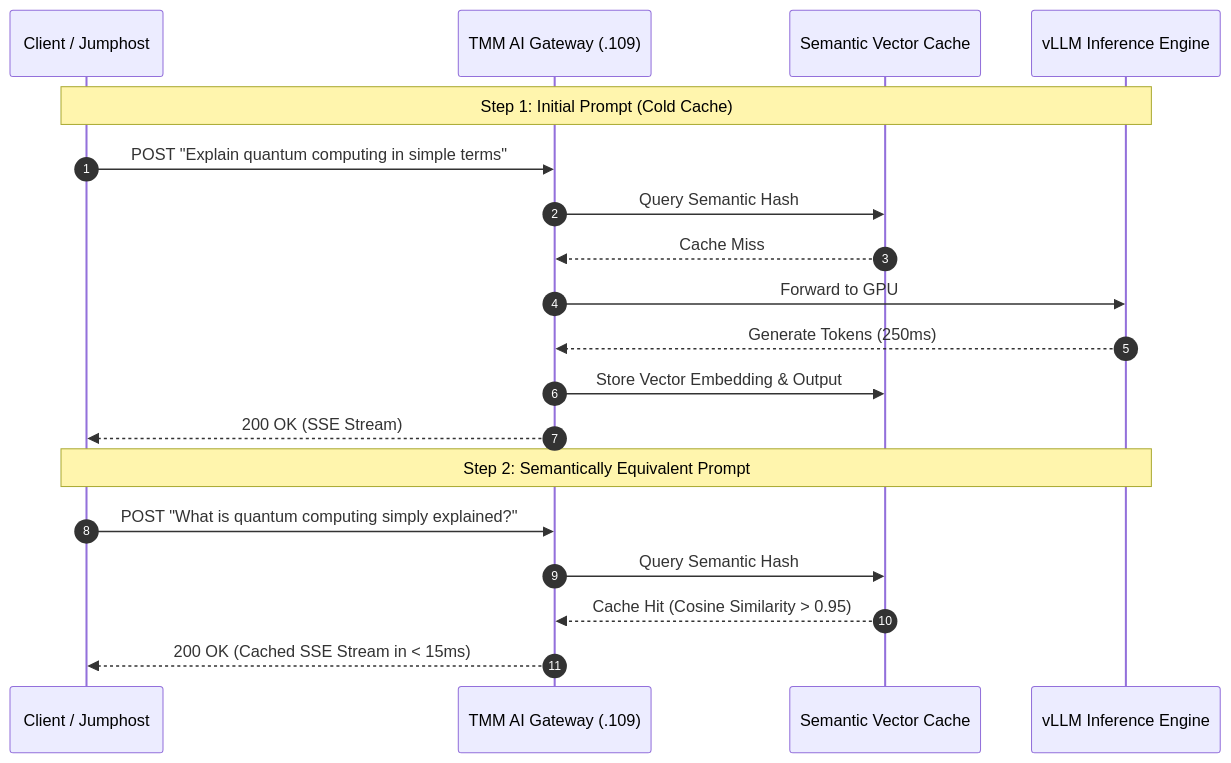
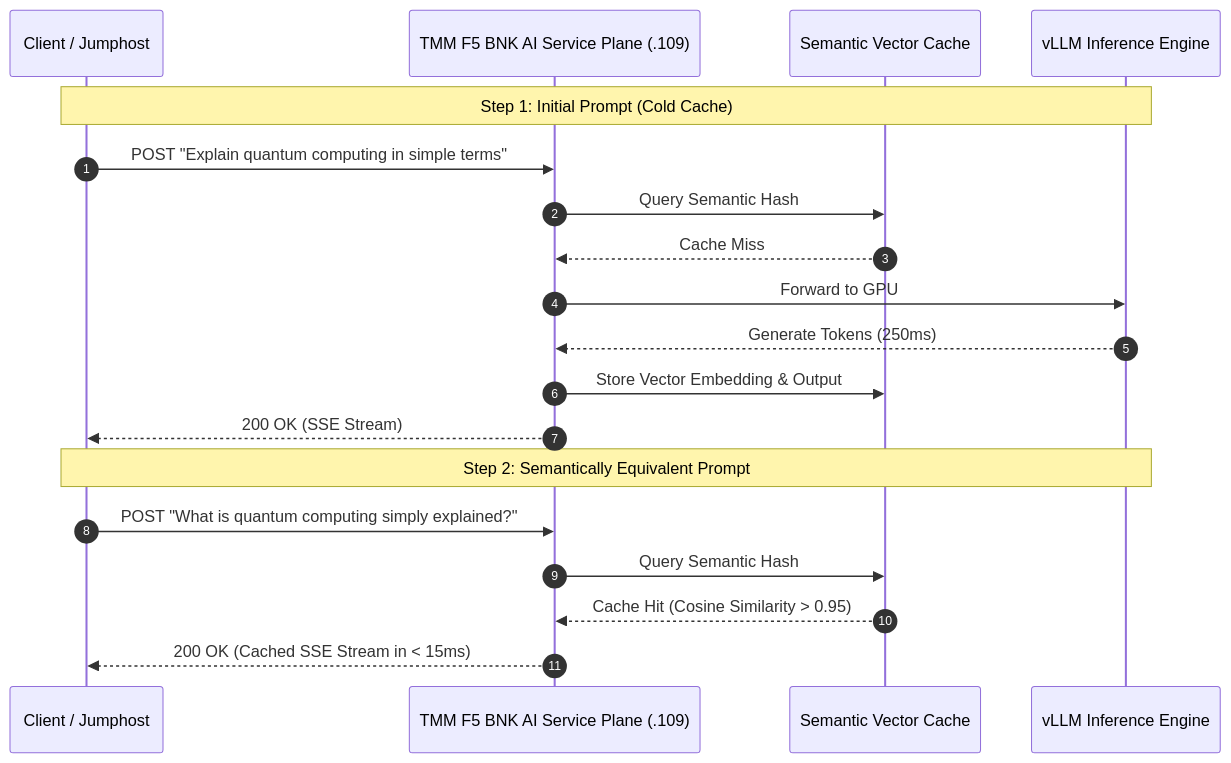
One commit to JLCode-tech/awsbnkctl changed diagram 12 of 20 in docs/SCENARIOS.md. Above: the diagram before and after it, drawn with Mermaid. The commit also changed other lines of this file and 10 other files, not shown here.

Commit message:
docs: adopt F5 BNK AI Service Plane terminology, link BNK Forge and CloudDocs, remove cne_pull_64.json

````diff
--- a/docs/SCENARIOS.md
+++ b/docs/SCENARIOS.md
@@ -356,23 +356,23 @@
 ```mermaid
 sequenceDiagram
     autonumber
     participant Client as Client / Jumphost
-    participant TMM as TMM AI Gateway (.109)
+    participant TMM as TMM F5 BNK AI Service Plane (.109)
     participant Cache as Semantic Vector Cache
     participant LLM as vLLM Inference Engine
 
     Note over Client,LLM: Step 1: Initial Prompt (Cold Cache)
     Client->>TMM: POST "Explain quantum computing in simple terms"
     TMM->>Cache: Query Semantic Hash
     Cache-->>TMM: Cache Miss
     TMM->>LLM: Forward to GPU
     LLM-->>TMM: Generate Tokens (250ms)
     TMM->>Cache: Store Vector Embedding & Output
     TMM-->>Client: 200 OK (SSE Stream)
 
     Note over Client,LLM: Step 2: Semantically Equivalent Prompt
     Client->>TMM: POST "What is quantum computing simply explained?"
     TMM->>Cache: Query Semantic Hash
     Cache-->>TMM: Cache Hit (Cosine Similarity > 0.95)
     TMM-->>Client: 200 OK (Cached SSE Stream in < 15ms)
 ```
````
